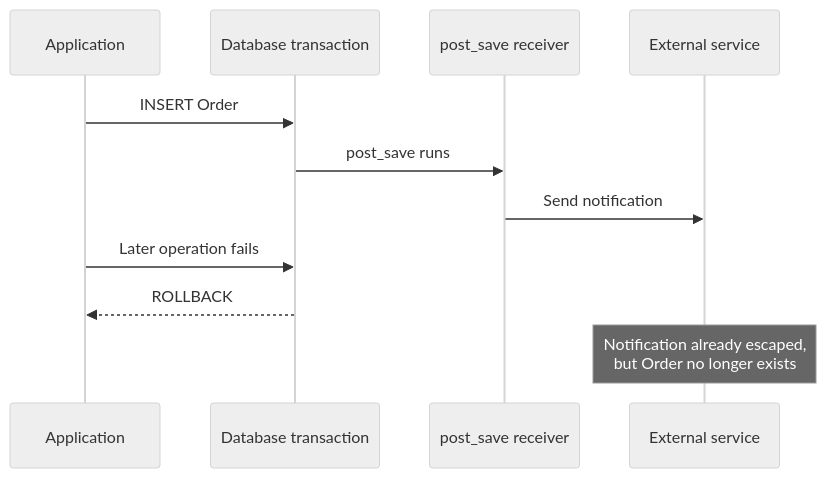
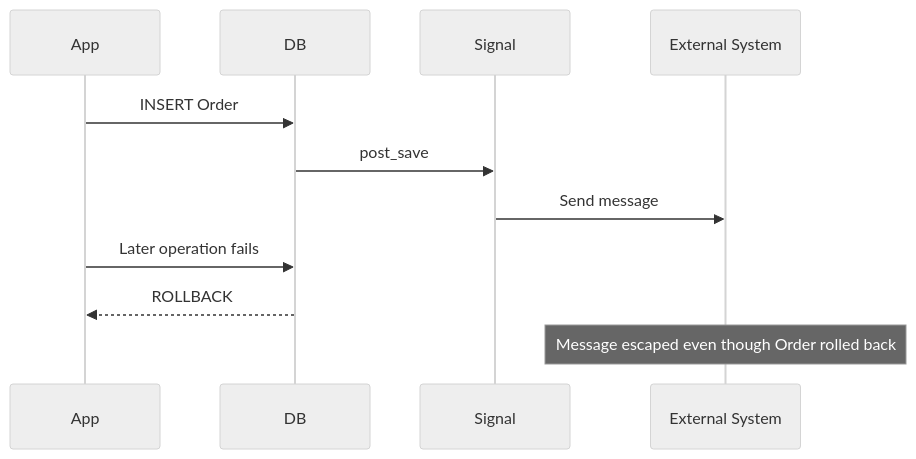
The fourth of 7 diagrams in src/content/django/signals.md (AvadhBhalodiya/Interview-Preparation), drawn with Mermaid (neutral theme) before and after one commit. The commit also changed other lines of this file and 80 other files, not shown here.

````diff
--- a/src/content/django/signals.md
+++ b/src/content/django/signals.md
@@ -644,14 +406,15 @@
 ```mermaid
 sequenceDiagram
-    participant App as Application
-    participant DB as Database transaction
-    participant Sig as post_save receiver
-    participant API as External service
+    participant App
+    participant DB
+    participant Signal
+    participant External as External System
 
     App->>DB: INSERT Order
-    DB->>Sig: post_save runs
-    Sig->>API: Send notification
+    DB->>Signal: post_save
+    Signal->>External: Send message
     App->>DB: Later operation fails
     DB-->>App: ROLLBACK
-    Note over API: Notification already escaped,<br/>but Order no longer exists
+
+    Note over External: Message escaped even though Order rolled back
 ```
````
